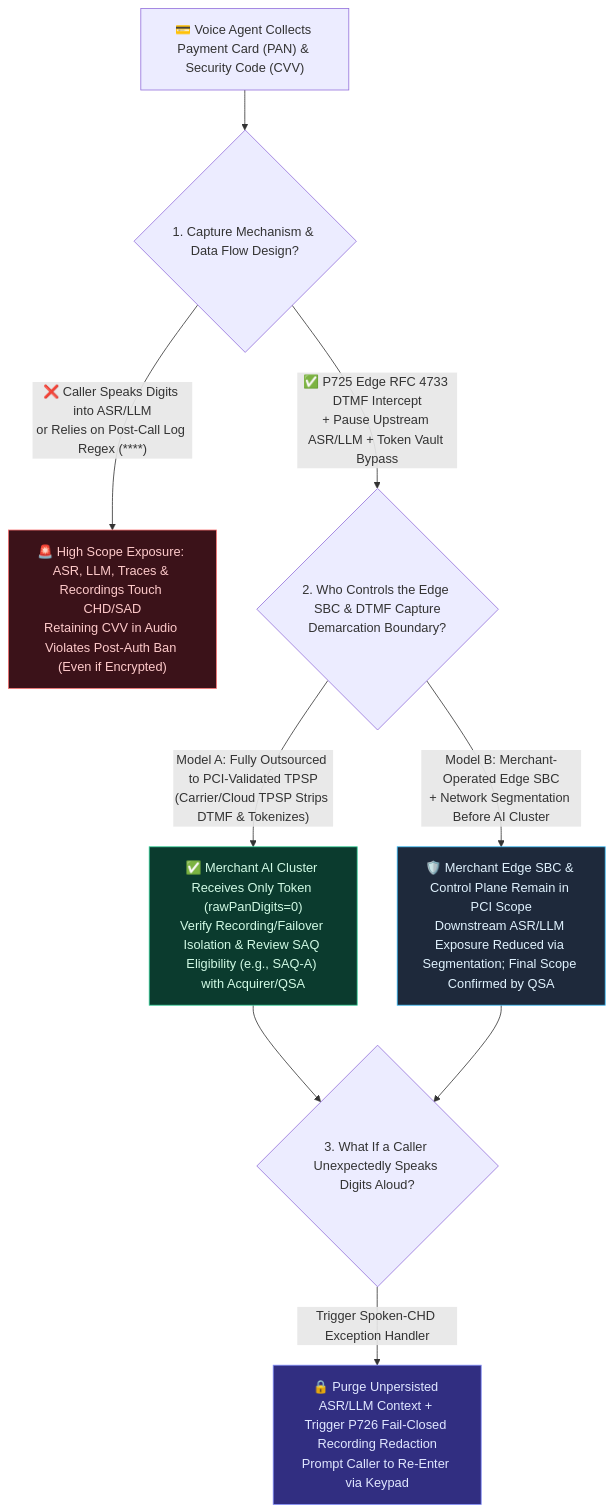
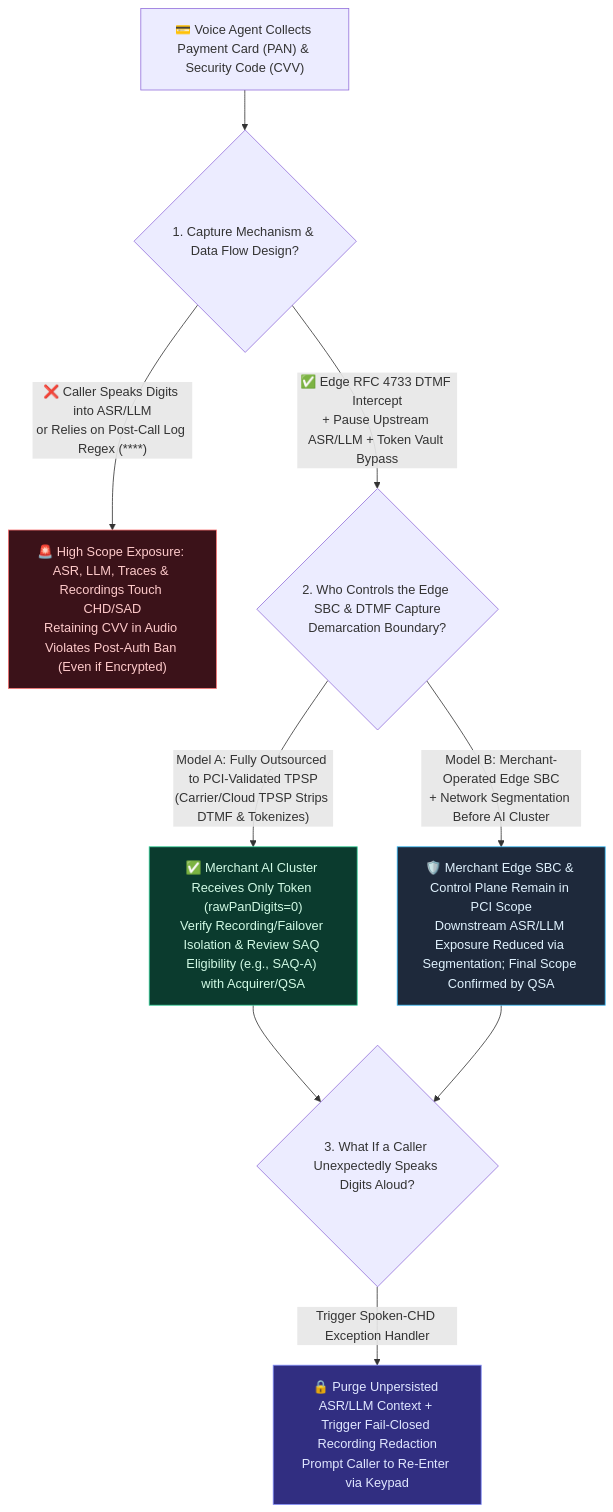
One commit to turbo998/voice-agent-lab changed the first of 3 diagrams in docs/voice-pci-dtmf-scope-faq.en.md. Above: the diagram before and after it, drawn with Mermaid. The commit also changed other lines of this file and 715 other files, not shown here.

First line of the commit message:
chore: curate Enterprise Voice AI SA deliverables and purge non-SA RFC/industrial bloat

````diff
--- a/docs/voice-pci-dtmf-scope-faq.en.md
+++ b/docs/voice-pci-dtmf-scope-faq.en.md
@@ -63,16 +63,16 @@
 ```mermaid
 flowchart TD
-    A["💳 Voice Agent Collects Payment Card (PAN) & Security Code (CVV)"] --> B{"1. Capture Mechanism & Data Flow Design?"}
-    B -- "❌ Caller Speaks Digits into ASR/LLM<br/>or Relies on Post-Call Log Regex (****)" --> C["🚨 High Scope Exposure: ASR, LLM, Traces & Recordings Touch CHD/SAD<br/>Retaining CVV in Audio Violates Post-Auth Ban (Even if Encrypted)"]
-    B -- "✅ P725 Edge RFC 4733 DTMF Intercept<br/>+ Pause Upstream ASR/LLM + Token Vault Bypass" --> D{"2. Who Controls the Edge SBC & DTMF Capture<br/>Demarcation Boundary?"}
-    D -- "Model A: Fully Outsourced to PCI-Validated TPSP<br/>(Carrier/Cloud TPSP Strips DTMF & Tokenizes)" --> E["✅ Merchant AI Cluster Receives Only Token (rawPanDigits=0)<br/>Verify Recording/Failover Isolation & Review SAQ Eligibility (e.g., SAQ-A) with Acquirer/QSA"]
-    D -- "Model B: Merchant-Operated Edge SBC<br/>+ Network Segmentation Before AI Cluster" --> F["🛡️ Merchant Edge SBC & Control Plane Remain in PCI Scope<br/>Downstream ASR/LLM Exposure Reduced via Segmentation; Final Scope Confirmed by QSA"]
-    E --> G{"3. What If a Caller Unexpectedly Speaks Digits Aloud?"}
-    F --> G
-    G -- "Trigger Spoken-CHD Exception Handler" --> H["🔒 Purge Unpersisted ASR/LLM Context + Trigger P726 Fail-Closed Recording Redaction<br/>Prompt Caller to Re-Enter via Keypad"]
+ A["💳 Voice Agent Collects Payment Card (PAN) & Security Code (CVV)"] --> B{"1. Capture Mechanism & Data Flow Design?"}
+ B -- "❌ Caller Speaks Digits into ASR/LLM<br/>or Relies on Post-Call Log Regex (****)" --> C["🚨 High Scope Exposure: ASR, LLM, Traces & Recordings Touch CHD/SAD<br/>Retaining CVV in Audio Violates Post-Auth Ban (Even if Encrypted)"]
+ B -- "✅ Edge RFC 4733 DTMF Intercept<br/>+ Pause Upstream ASR/LLM + Token Vault Bypass" --> D{"2. Who Controls the Edge SBC & DTMF Capture<br/>Demarcation Boundary?"}
+ D -- "Model A: Fully Outsourced to PCI-Validated TPSP<br/>(Carrier/Cloud TPSP Strips DTMF & Tokenizes)" --> E["✅ Merchant AI Cluster Receives Only Token (rawPanDigits=0)<br/>Verify Recording/Failover Isolation & Review SAQ Eligibility (e.g., SAQ-A) with Acquirer/QSA"]
+ D -- "Model B: Merchant-Operated Edge SBC<br/>+ Network Segmentation Before AI Cluster" --> F["🛡️ Merchant Edge SBC & Control Plane Remain in PCI Scope<br/>Downstream ASR/LLM Exposure Reduced via Segmentation; Final Scope Confirmed by QSA"]
+ E --> G{"3. What If a Caller Unexpectedly Speaks Digits Aloud?"}
+ F --> G
+ G -- "Trigger Spoken-CHD Exception Handler" --> H["🔒 Purge Unpersisted ASR/LLM Context + Trigger Fail-Closed Recording Redaction<br/>Prompt Caller to Re-Enter via Keypad"]
 
-    style C fill:#3b1219,stroke:#f87171,color:#fecaca
-    style E fill:#0b3b2e,stroke:#34d399,color:#d1fae5
-    style F fill:#1e293b,stroke:#38bdf8,color:#e0f2fe
-    style H fill:#312e81,stroke:#818cf8,color:#e0e7ff
+ style C fill:#3b1219,stroke:#f87171,color:#fecaca
+ style E fill:#0b3b2e,stroke:#34d399,color:#d1fae5
+ style F fill:#1e293b,stroke:#38bdf8,color:#e0f2fe
+ style H fill:#312e81,stroke:#818cf8,color:#e0e7ff
 ```
````
